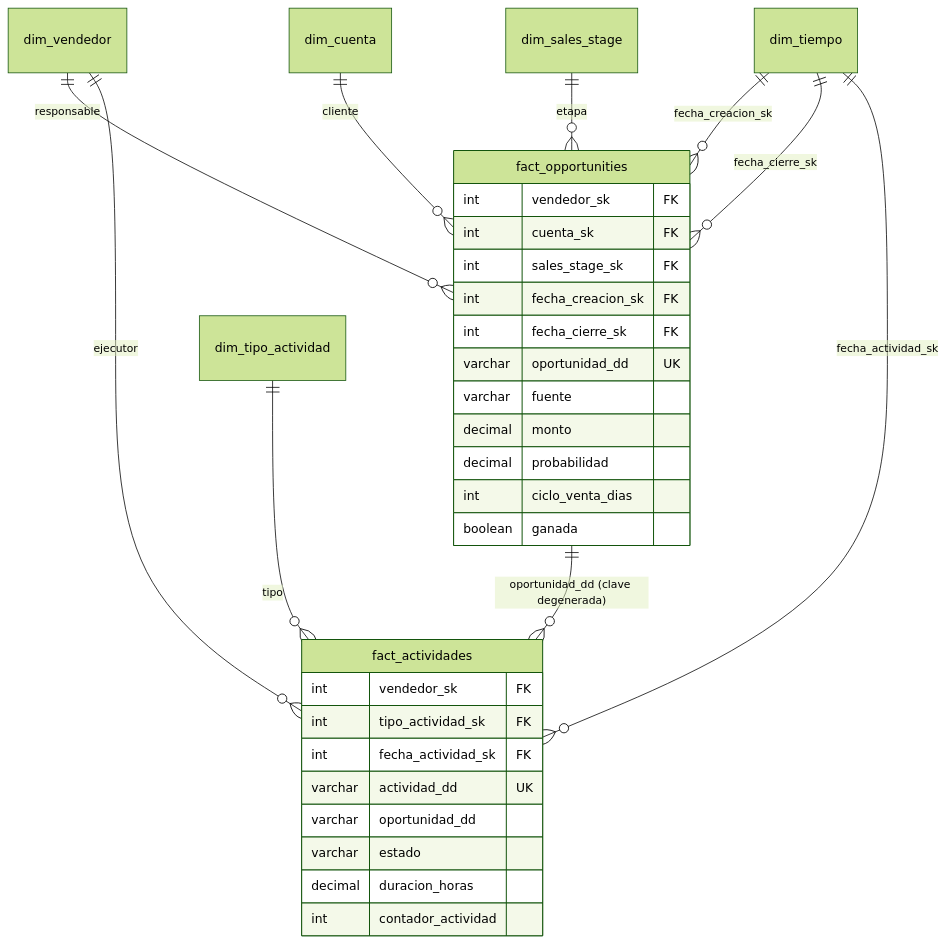
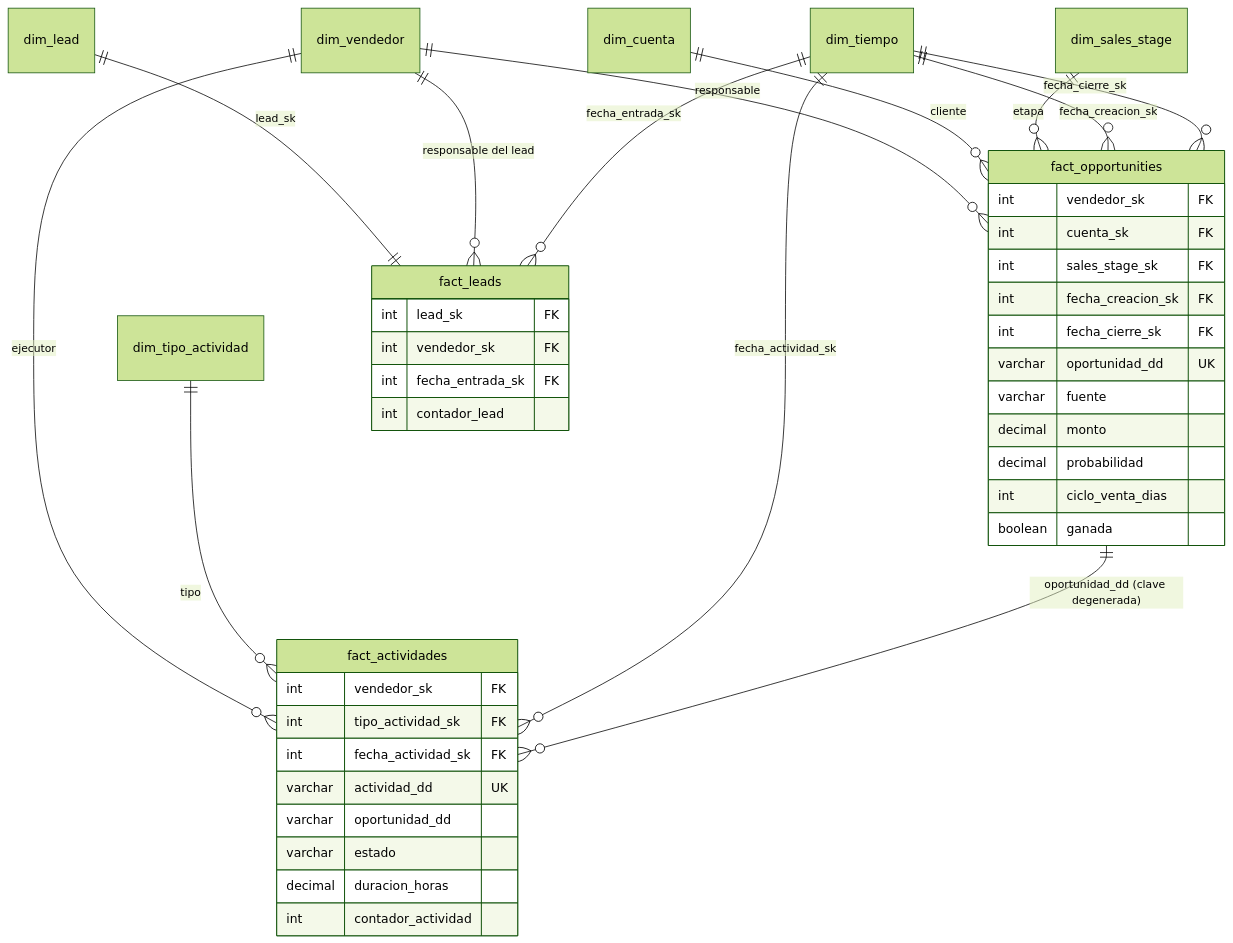
One commit to gerar0897/proyecto-crm-etl changed the second of 2 diagrams in README.md. Above: the diagram before and after it, drawn with Mermaid (forest theme). The commit also changed other lines of this file and 3 other files, not shown here.

First line of the commit message:
Agregar fact_leads al modelo dimensional y ETL

````diff
--- a/README.md
+++ b/README.md
@@ -71,36 +72,45 @@
 ```mermaid
 erDiagram
     dim_vendedor ||--o{ fact_opportunities : "responsable"
     dim_cuenta ||--o{ fact_opportunities : "cliente"
     dim_sales_stage ||--o{ fact_opportunities : "etapa"
     dim_tiempo ||--o{ fact_opportunities : "fecha_creacion_sk"
     dim_tiempo ||--o{ fact_opportunities : "fecha_cierre_sk"
     dim_vendedor ||--o{ fact_actividades : "ejecutor"
     dim_tipo_actividad ||--o{ fact_actividades : "tipo"
     dim_tiempo ||--o{ fact_actividades : "fecha_actividad_sk"
     fact_opportunities ||--o{ fact_actividades : "oportunidad_dd (clave degenerada)"
+    dim_lead ||--|| fact_leads : "lead_sk"
+    dim_vendedor ||--o{ fact_leads : "responsable del lead"
+    dim_tiempo ||--o{ fact_leads : "fecha_entrada_sk"
 
     fact_opportunities {
         int vendedor_sk FK
         int cuenta_sk FK
         int sales_stage_sk FK
         int fecha_creacion_sk FK
         int fecha_cierre_sk FK
         varchar oportunidad_dd UK
         varchar fuente
         decimal monto
         decimal probabilidad
         int ciclo_venta_dias
         boolean ganada
     }
     fact_actividades {
         int vendedor_sk FK
         int tipo_actividad_sk FK
         int fecha_actividad_sk FK
         varchar actividad_dd UK
         varchar oportunidad_dd
         varchar estado
         decimal duracion_horas
         int contador_actividad
     }
+    fact_leads {
+        int lead_sk FK
+        int vendedor_sk FK
+        int fecha_entrada_sk FK
+        int contador_lead
+    }
 ```
````
